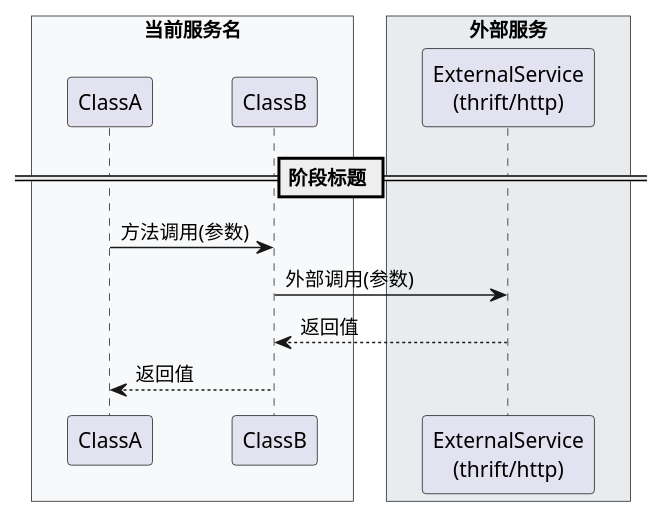
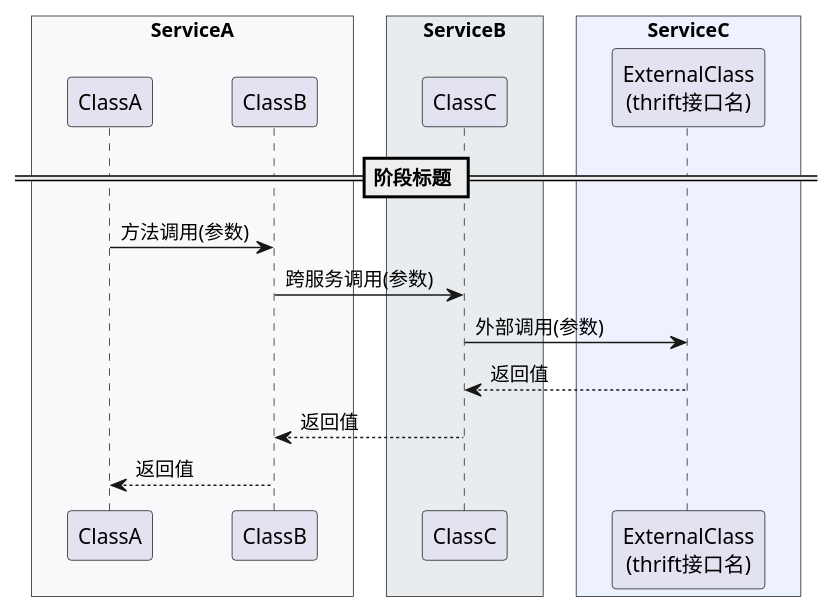
One commit to yqxzy/claude-req-skill changed the first of 5 diagrams in requirements/_specs/flowchart-spec.md. Above: the diagram before and after it, drawn with PlantUML. The commit also changed other lines of this file and 8 other files, not shown here.

````diff
--- a/requirements/_specs/flowchart-spec.md
+++ b/requirements/_specs/flowchart-spec.md
@@ -9,23 +9,29 @@
 ```plantuml
 @startuml
 skinparam ParticipantPadding 20
 skinparam BoxPadding 10
 
-box "当前服务名" #F8F9FA
+box "ServiceA" #F8F9FA
     participant "ClassA" as A
     participant "ClassB" as B
 end box
 
-box "外部服务" #E9ECEF
-    participant "ExternalService\n(thrift/http)" as Ext
+box "ServiceB" #E9ECEF
+    participant "ClassC" as C
+end box
+
+box "ServiceC" #EEF2FF
+    participant "ExternalClass\n(thrift接口名)" as Ext
 end box
 
 == 阶段标题 ==
 
 A -> B : 方法调用(参数)
-B -> Ext : 外部调用(参数)
-Ext --> B : 返回值
+B -> C : 跨服务调用(参数)
+C -> Ext : 外部调用(参数)
+Ext --> C : 返回值
+C --> B : 返回值
 B --> A : 返回值
 
 @enduml
 ```
````
